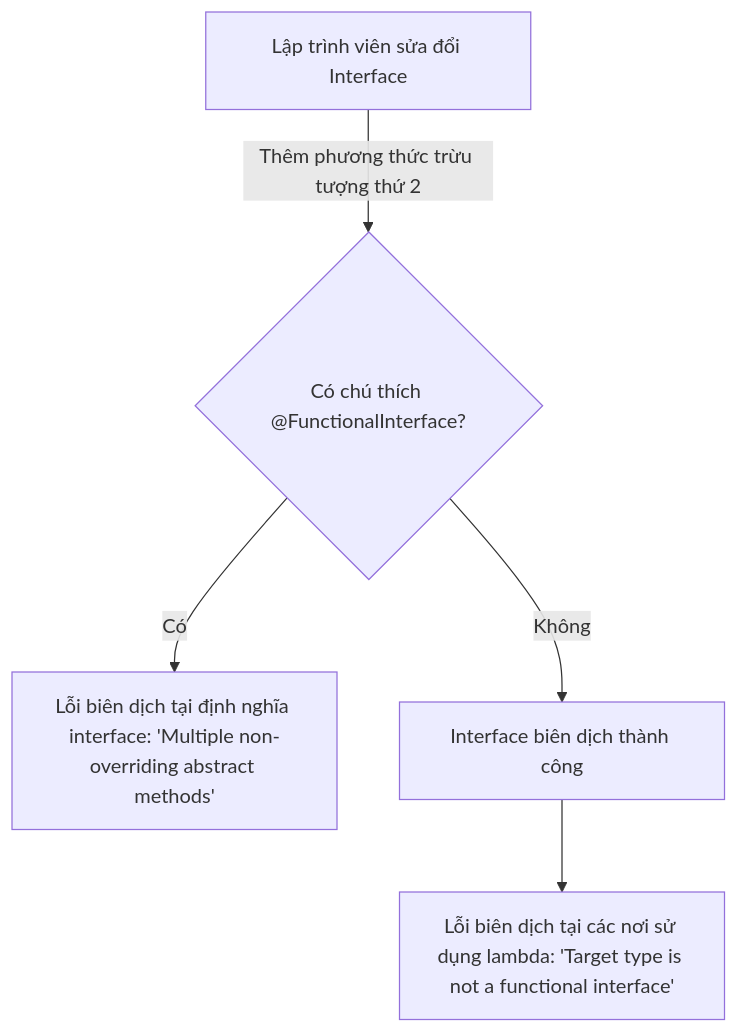
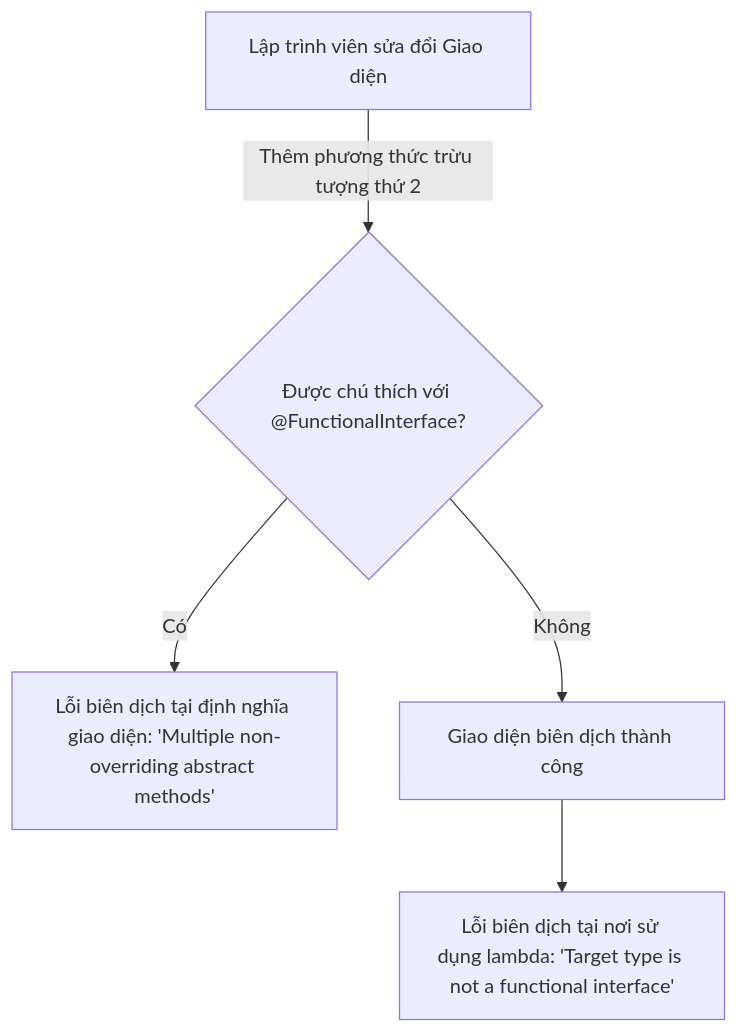
Before and after one commit to PhuThien2005/theoretical-of-java-core: the first of 3 diagrams in vi/22-functional-interface/theory/01-predicate-t-concepts.md, drawn with Mermaid. The commit also changed other lines of this file and 229 other files, not shown here.

````diff
--- a/vi/22-functional-interface/theory/01-predicate-t-concepts.md
+++ b/vi/22-functional-interface/theory/01-predicate-t-concepts.md
@@ -58,7 +58,7 @@
 ```mermaid
 graph TD
-    A[Lập trình viên sửa đổi Interface] -->|Thêm phương thức trừu tượng thứ 2| B{Có chú thích @FunctionalInterface?}
-    B -->|Có| C[Lỗi biên dịch tại định nghĩa interface: 'Multiple non-overriding abstract methods']
-    B -->|Không| D[Interface biên dịch thành công]
-    D --> E[Lỗi biên dịch tại các nơi sử dụng lambda: 'Target type is not a functional interface']
+    A[Lập trình viên sửa đổi Giao diện] -->|Thêm phương thức trừu tượng thứ 2| B{Được chú thích với @FunctionalInterface?}
+    B -->|Có| C[Lỗi biên dịch tại định nghĩa giao diện: 'Multiple non-overriding abstract methods']
+    B -->|Không| D[Giao diện biên dịch thành công]
+    D --> E[Lỗi biên dịch tại nơi sử dụng lambda: 'Target type is not a functional interface']
 ```
````
